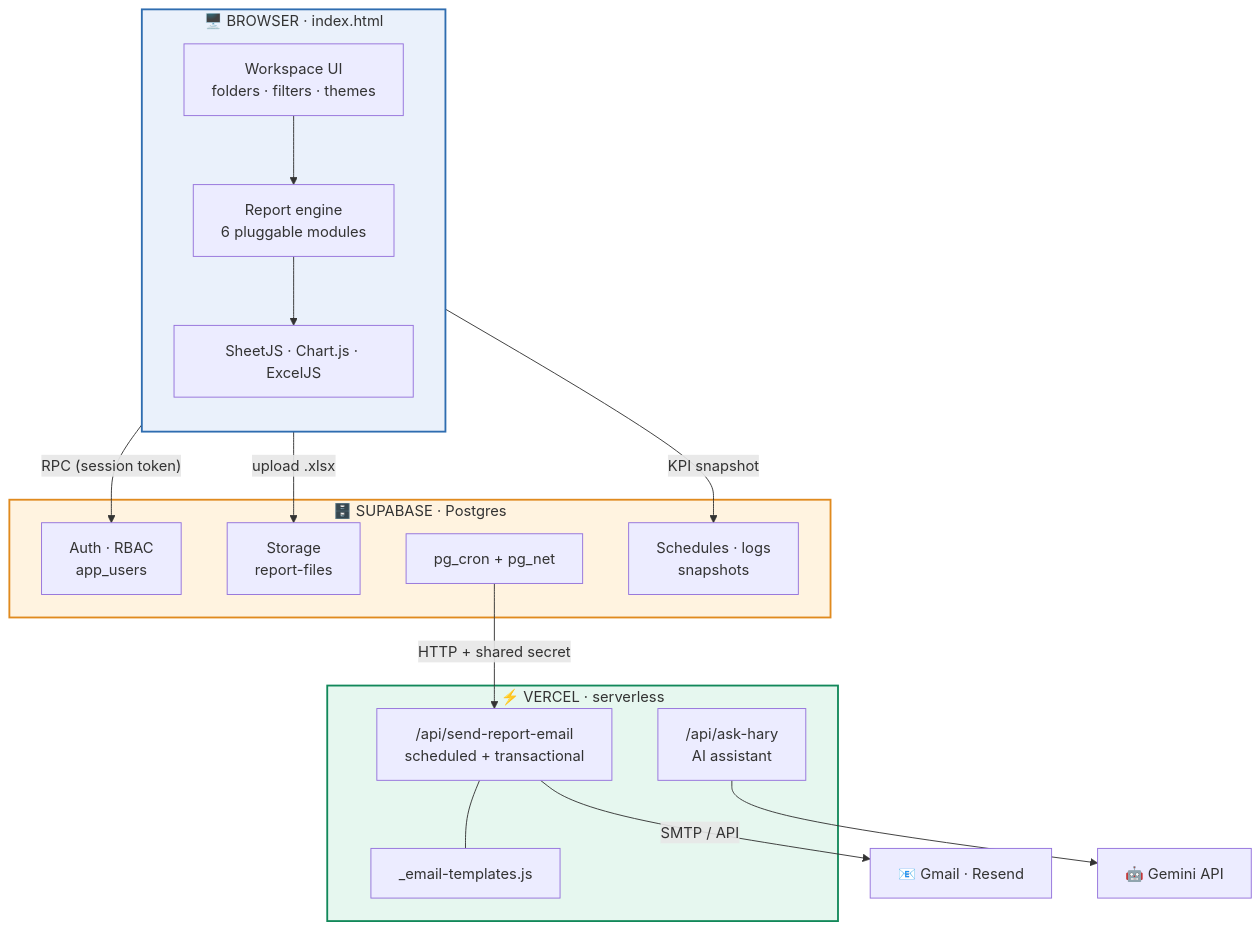
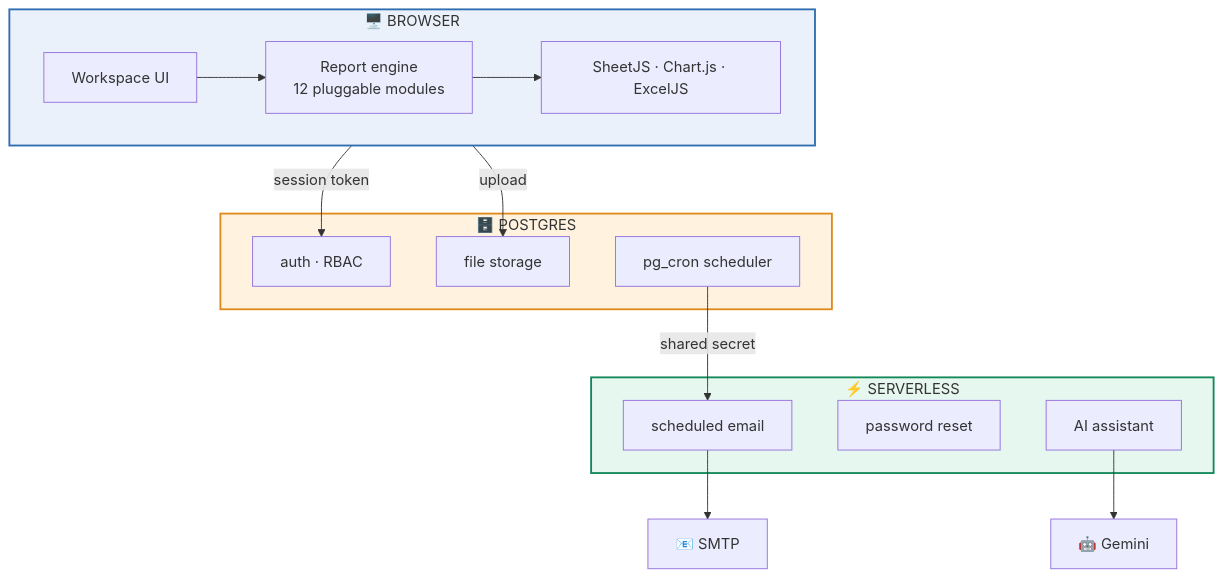
Before and after one commit to harshalkhadatare/Vision-Report-Transformer: the diagram in README.md, drawn with Mermaid. The commit also changed other lines of this file, not shown here.

````diff
--- a/README.md
+++ b/README.md
@@ -78,35 +187,31 @@
 ```mermaid
 flowchart TB
-    subgraph CLIENT["🖥️  BROWSER  ·  index.html"]
-        direction TB
-        UI["Workspace UI<br/>folders · filters · themes"]
-        ENGINE["Report engine<br/>6 pluggable modules"]
+    subgraph CLIENT["🖥️  BROWSER"]
+        UI["Workspace UI"]
+        ENGINE["Report engine<br/>12 pluggable modules"]
         LIBS["SheetJS · Chart.js · ExcelJS"]
         UI --> ENGINE --> LIBS
     end
 
-    subgraph EDGE["⚡  VERCEL  ·  serverless"]
-        MAIL["/api/send-report-email<br/>scheduled + transactional"]
-        HARY["/api/ask-hary<br/>AI assistant"]
-        TPL["_email-templates.js"]
-        MAIL --- TPL
+    subgraph EDGE["⚡  SERVERLESS"]
+        MAIL["scheduled email"]
+        OTP["password reset"]
+        HARY["AI assistant"]
     end
 
-    subgraph DATA["🗄️  SUPABASE  ·  Postgres"]
-        AUTH["Auth · RBAC<br/>app_users"]
-        STORE["Storage<br/>report-files"]
-        SCHED["pg_cron + pg_net"]
-        LOGS["Schedules · logs<br/>snapshots"]
+    subgraph DATA["🗄️  POSTGRES"]
+        AUTH["auth · RBAC"]
+        STORE["file storage"]
+        SCHED["pg_cron scheduler"]
     end
 
-    CLIENT -->|"RPC (session token)"| AUTH
-    CLIENT -->|"upload .xlsx"| STORE
-    CLIENT -->|"KPI snapshot"| LOGS
-    SCHED -->|"HTTP + shared secret"| MAIL
-    MAIL -->|"SMTP / API"| SMTP["📧 Gmail · Resend"]
-    HARY --> GEMINI["🤖 Gemini API"]
+    CLIENT -->|"session token"| AUTH
+    CLIENT -->|"upload"| STORE
+    SCHED -->|"shared secret"| MAIL
+    MAIL --> SMTP["📧 SMTP"]
+    HARY --> GEMINI["🤖 Gemini"]
 
     style CLIENT fill:#eaf1fb,stroke:#2f6db0,stroke-width:2px
     style EDGE fill:#e6f7ef,stroke:#12885a,stroke-width:2px
     style DATA fill:#fff3e0,stroke:#e08a1e,stroke-width:2px
 ```
````
